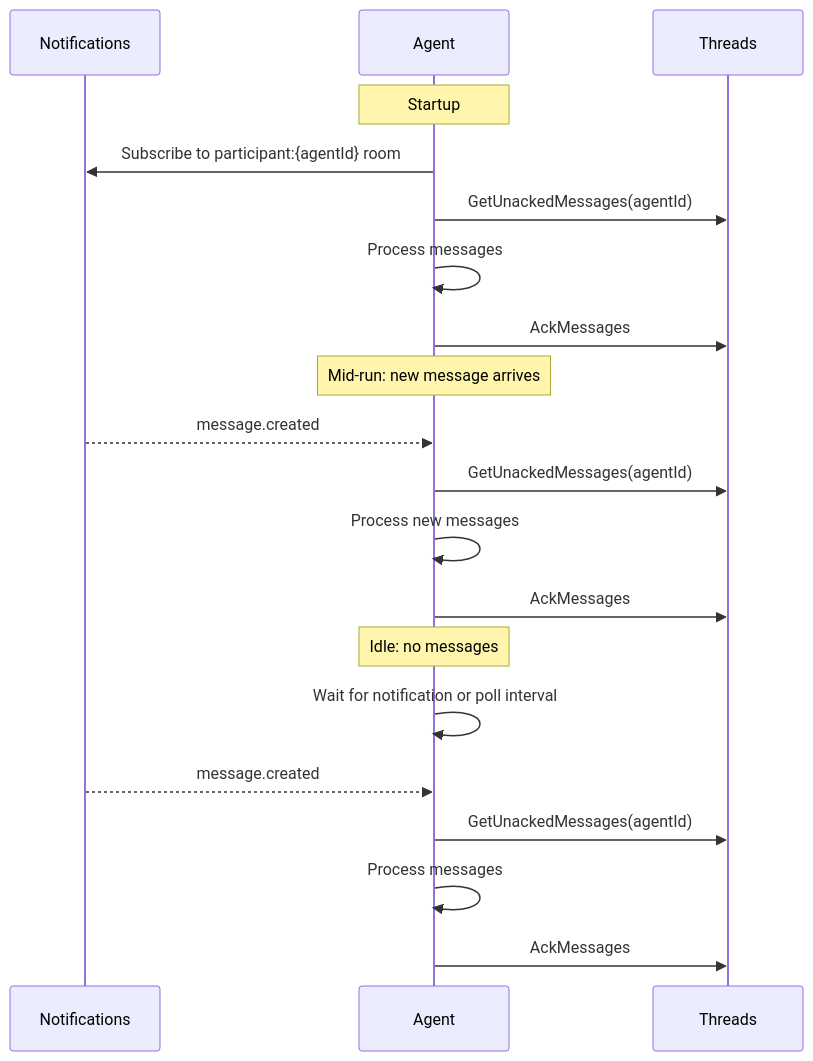
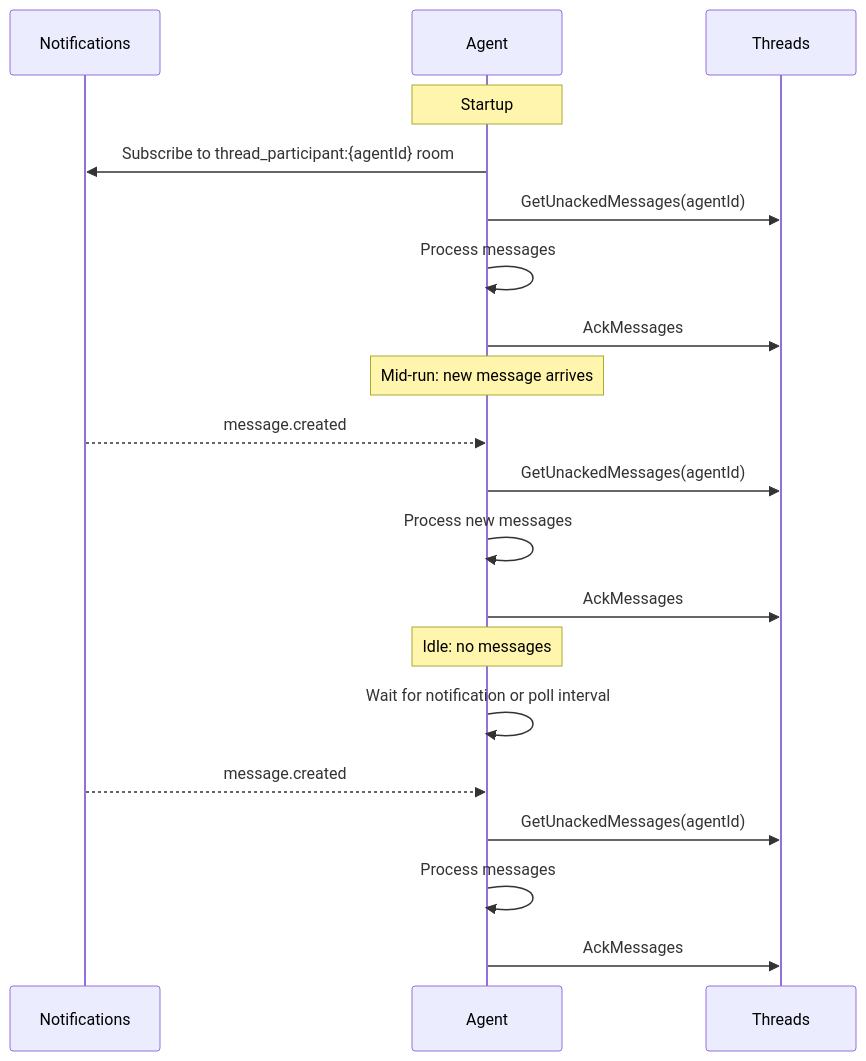
Before and after one commit to agynio/architecture: the second of 4 diagrams in architecture/agent/overview.md, drawn with Mermaid. The commit also changed other lines of this file and 3 other files, not shown here.

First line of the commit message:
Rename room to thread_participant, centralize sync protocol in notifications

````diff
--- a/architecture/agent/overview.md
+++ b/architecture/agent/overview.md
@@ -54,25 +54,25 @@
 ```mermaid
 sequenceDiagram
     participant N as Notifications
     participant A as Agent
     participant T as Threads
 
     Note over A: Startup
-    A->>N: Subscribe to participant:{agentId} room
+    A->>N: Subscribe to thread_participant:{agentId} room
     A->>T: GetUnackedMessages(agentId)
     A->>A: Process messages
     A->>T: AckMessages
 
     Note over A: Mid-run: new message arrives
     N-->>A: message.created
     A->>T: GetUnackedMessages(agentId)
     A->>A: Process new messages
     A->>T: AckMessages
 
     Note over A: Idle: no messages
     A->>A: Wait for notification or poll interval
     N-->>A: message.created
     A->>T: GetUnackedMessages(agentId)
     A->>A: Process messages
     A->>T: AckMessages
 ```
````
